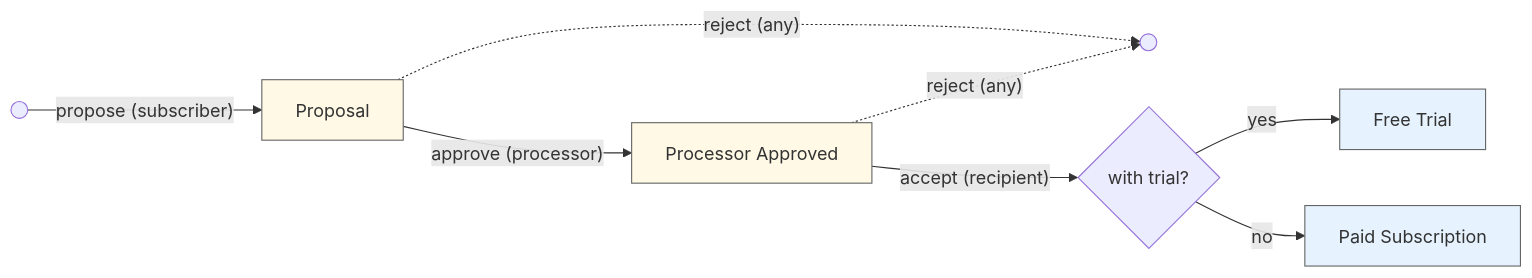
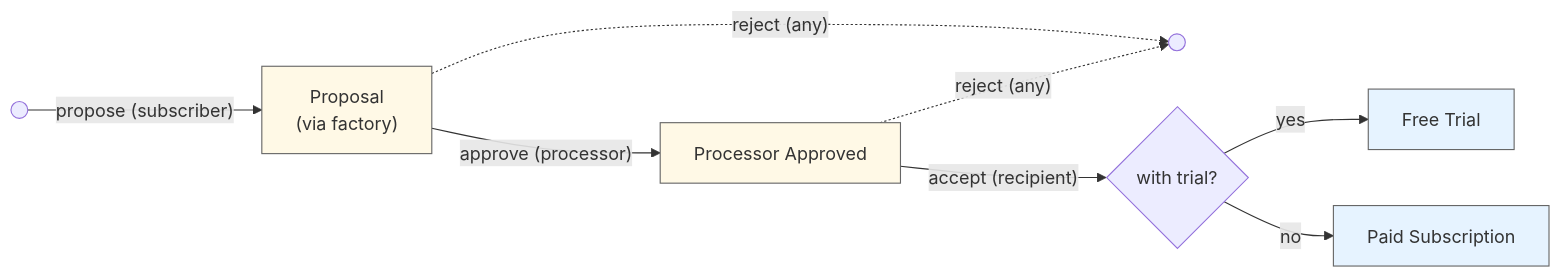
Before and after one commit to Fairmint/open-captable-protocol-daml: the fourth of 7 diagrams in Subscriptions-v01/README.md, drawn with Mermaid. The commit also changed other lines of this file and 9 other files, not shown here.

````diff
--- a/Subscriptions-v01/README.md
+++ b/Subscriptions-v01/README.md
@@ -111,15 +120,15 @@
 ```mermaid
 flowchart LR
-    Start(( )) --> |"propose (subscriber)"|SP[Proposal]
+    Start(( )) --> |"propose (subscriber)"|SP["Proposal<br>(via factory)"]
     SP -->|"approve (processor)"| PA[Processor Approved]
     SP -.->|"reject (any)"| End(( ))
     PA -->|"accept (recipient)"| Choice{with trial?}
     PA -.->|"reject (any)"| End
     Choice -->|yes| FT[Free Trial]
     Choice -->|no| PS[Paid Subscription]
     
     classDef proposal fill:#fff9e6,stroke:#666
     classDef active fill:#e6f3ff,stroke:#666
     class SP,PA proposal
     class FT,PS active
 ```
````
